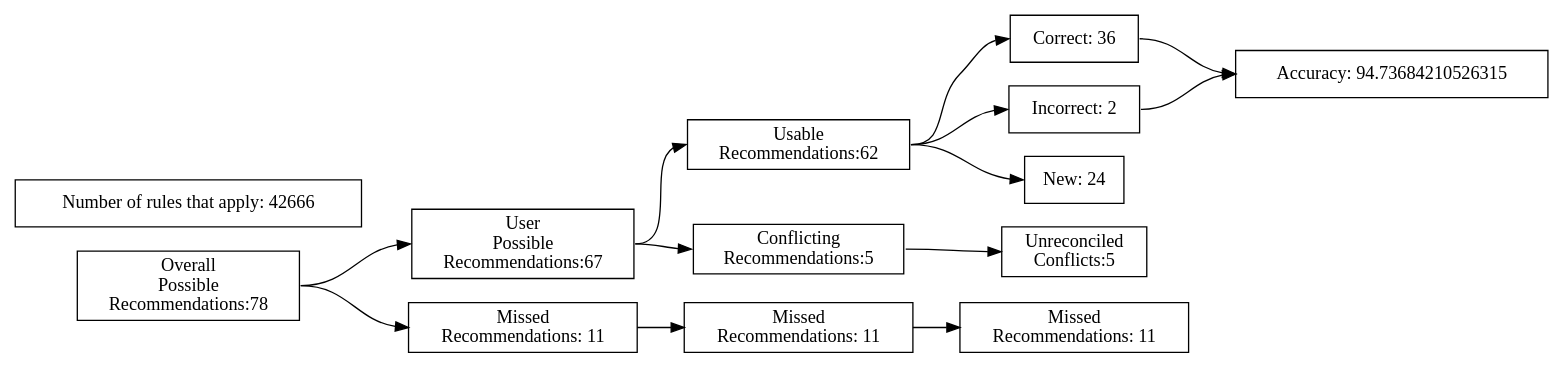
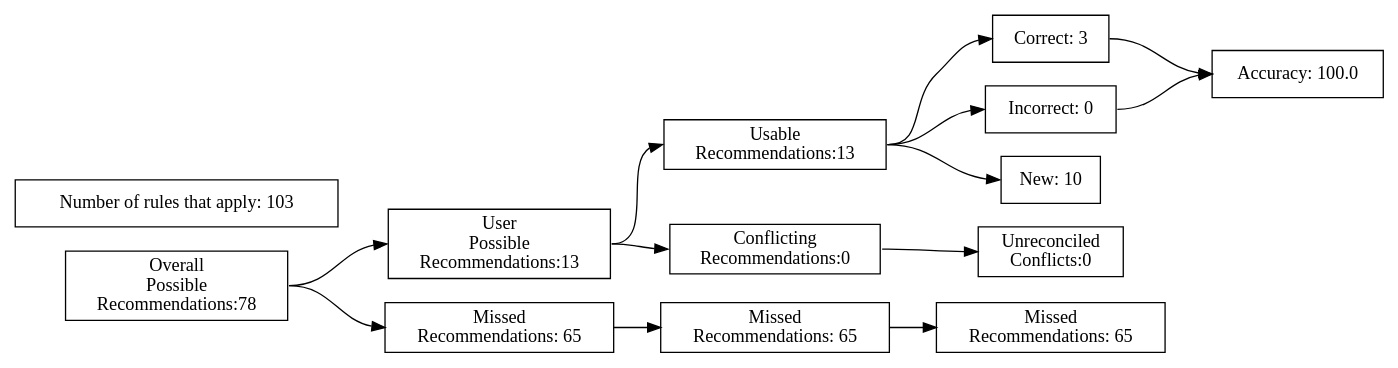
One commit to ZaxR/ibd_diet_analysis changed the diagram in test_renders/97.gv. Above: the diagram before and after it, drawn with Graphviz. The commit also changed 226 other files, not shown here.

Commit message:
Add model rule chart; fix typos

```diff
--- a/test_renders/97.gv
+++ b/test_renders/97.gv
@@ -1,40 +1,40 @@
 digraph {
 	graph [rankdir=LR]
 	node [pos=r shape=box]
 	edge [headport=w tailport=e]
 		A [label="Overall
 Possible
 Recommendations:78"]
 		B [label="User
 Possible
-Recommendations:67"]
+Recommendations:13"]
 		C [label="Missed
-Recommendations: 11"]
+Recommendations: 65"]
 		D [label="Usable
-Recommendations:62"]
+Recommendations:13"]
 		E [label="Conflicting
-Recommendations:5"]
+Recommendations:0"]
 		J [label="Missed
-Recommendations: 11"]
+Recommendations: 65"]
 		M [label="Unreconciled
-Conflicts:5"]
-		F [label="Correct: 36"]
-		G [label="Incorrect: 2"]
-		H [label="New: 24"]
+Conflicts:0"]
+		F [label="Correct: 3"]
+		G [label="Incorrect: 0"]
+		H [label="New: 10"]
 		K [label="Missed
-Recommendations: 11"]
-		I [label="Accuracy: 94.73684210526315"]
-		l [label="Number of rules that apply: 42666"]
+Recommendations: 65"]
+		I [label="Accuracy: 100.0"]
+		l [label="Number of rules that apply: 103"]
 			A -> B
 			A -> C
 			B -> D
 			B -> E
 			D -> F
 			D -> G
 			D -> H
 			F -> I
 			G -> I
 			C -> J
 			J -> K
 			E -> M
 }
```
